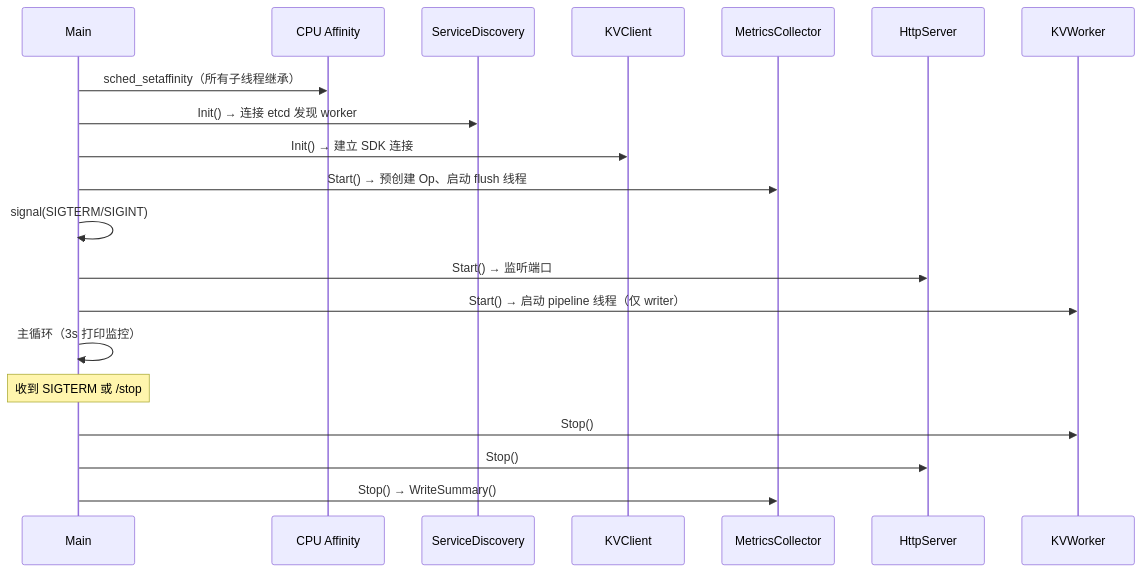
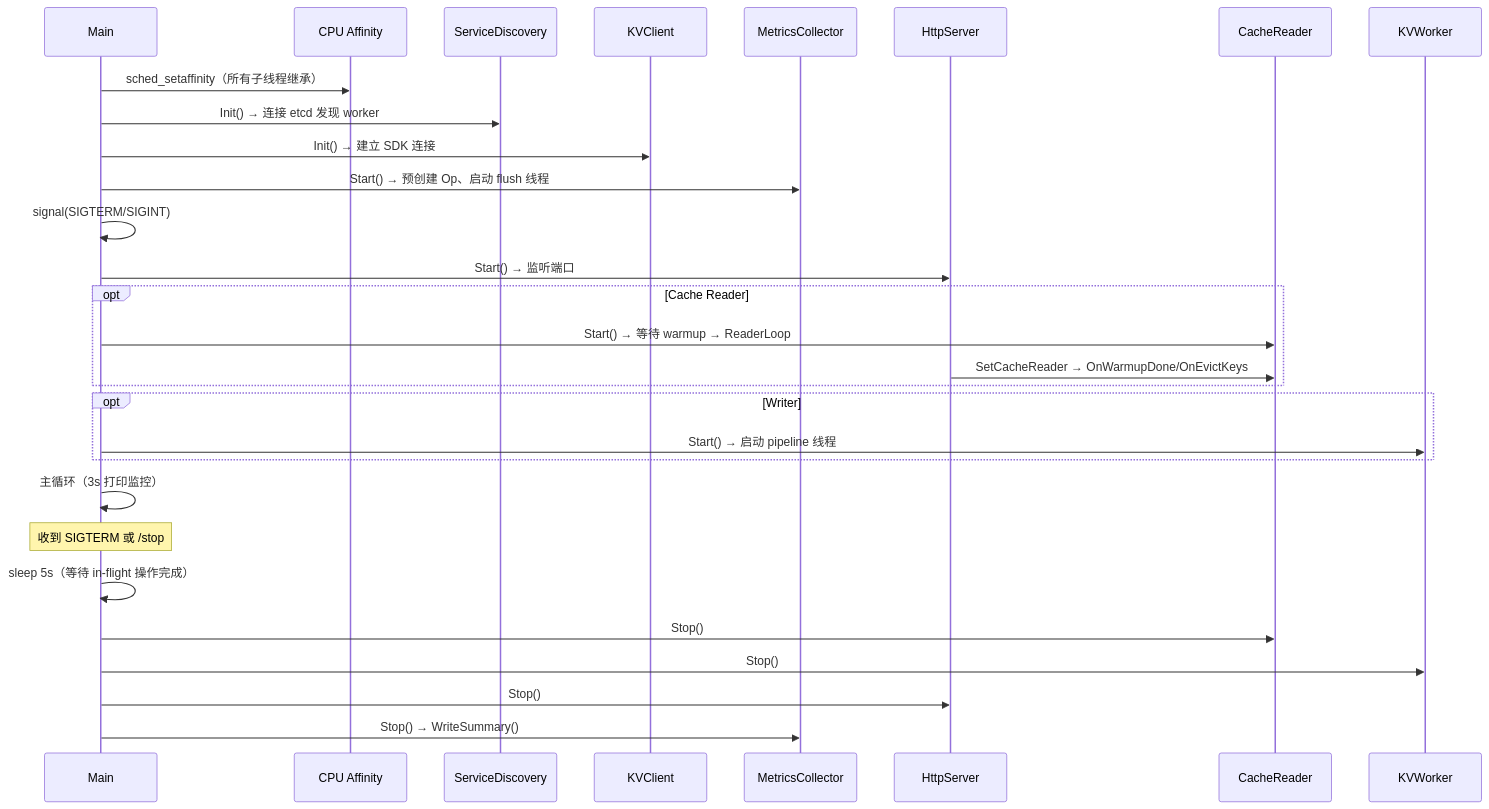
The fifth of 8 diagrams in tests/kvtest/docs/design.md (openeuler-mirror/yuanrong-datasystem), drawn with Mermaid before and after one commit. The commit also changed other lines of this file, not shown here.

First line of the commit message:
!924 docs(kvtest): add 4+1 view architecture design to design.md

````diff
--- a/tests/kvtest/docs/design.md
+++ b/tests/kvtest/docs/design.md
@@ -73,24 +355,33 @@
 ```mermaid
 sequenceDiagram
     participant Main
     participant CPU as CPU Affinity
     participant SD as ServiceDiscovery
     participant KC as KVClient
     participant M as MetricsCollector
     participant HS as HttpServer
+    participant CR as CacheReader
     participant W as KVWorker
 
     Main->>CPU: sched_setaffinity（所有子线程继承）
     Main->>SD: Init() → 连接 etcd 发现 worker
     Main->>KC: Init() → 建立 SDK 连接
     Main->>M: Start() → 预创建 Op、启动 flush 线程
     Main->>Main: signal(SIGTERM/SIGINT)
     Main->>HS: Start() → 监听端口
-    Main->>W: Start() → 启动 pipeline 线程（仅 writer）
+    opt Cache Reader
+        Main->>CR: Start() → 等待 warmup → ReaderLoop
+        HS->>CR: SetCacheReader → OnWarmupDone/OnEvictKeys
+    end
+    opt Writer
+        Main->>W: Start() → 启动 pipeline 线程
+    end
     Main->>Main: 主循环（3s 打印监控）
 
     Note over Main: 收到 SIGTERM 或 /stop
+    Main->>Main: sleep 5s（等待 in-flight 操作完成）
+    Main->>CR: Stop()
     Main->>W: Stop()
     Main->>HS: Stop()
     Main->>M: Stop() → WriteSummary()
 ```
````
